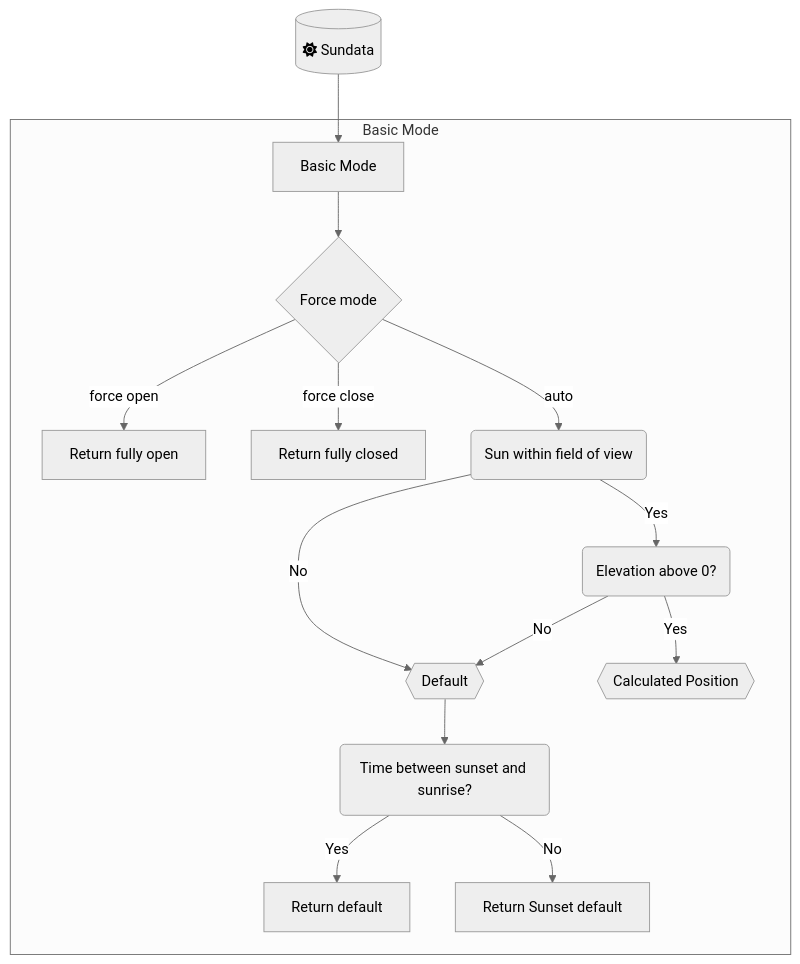
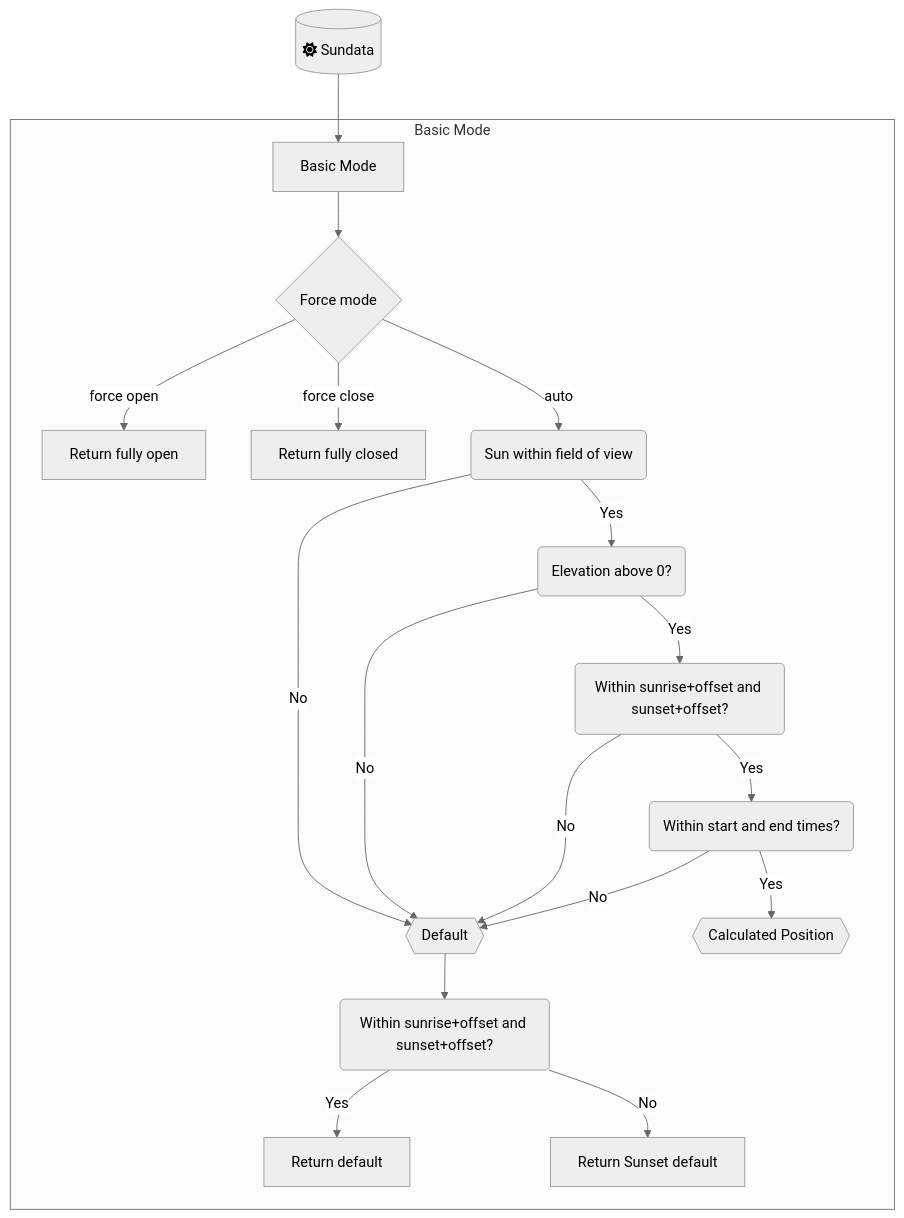
One commit to travisp/adaptive-cover changed the diagram in README.md. Above: the diagram before and after it, drawn with Mermaid (neutral theme). The commit also changed other lines of this file, not shown here.

Commit message:
docs: update basic mode diagram

````diff
--- a/README.md
+++ b/README.md
@@ -84,21 +84,25 @@
 ```mermaid
   graph TD
 
   A[("fa:fa-sun Sundata")]
   A --> B["Basic Mode"]
   subgraph "Basic Mode"
       B --> BM{"Force mode"}
       BM --> |"force open"| BN["Return fully open"]
       BM --> |"force close"| BO["Return fully closed"]
       BM --> |auto| BA("Sun within field of view")
 
       BA --> |No| BC{{Default}}
-      BC --> BE("Time between sunset and sunrise?")
-      BE --> |Yes| BF["Return default"]
-      BE --> |No| BG["Return Sunset default"]
+      BC --> BD("Within sunrise+offset and sunset+offset?")
+      BD --> |Yes| BE["Return default"]
+      BD --> |No| BF["Return Sunset default"]
 
-      BA --> |Yes| BD("Elevation above 0?")
-      BD --> |Yes| BH{{"Calculated Position"}}
-      BD --> |No| BC
+      BA --> |Yes| BG("Elevation above 0?")
+      BG --> |No| BC
+      BG --> |Yes| BH("Within sunrise+offset and sunset+offset?")
+      BH --> |No| BC
+      BH --> |Yes| BI("Within start and end times?")
+      BI --> |No| BC
+      BI --> |Yes| BJ{{"Calculated Position"}}
   end
 ```
````
